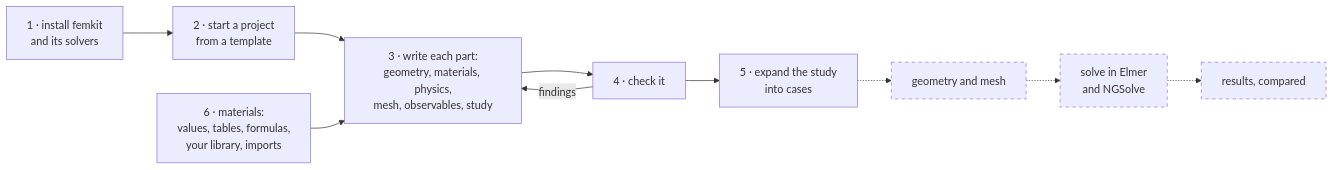
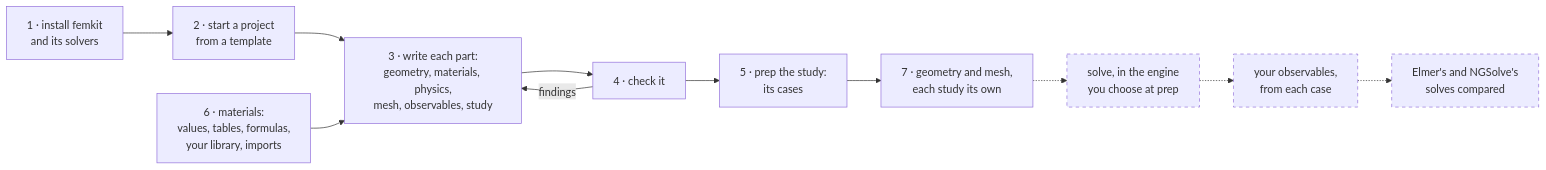
One commit to Qing-LAB/femkit changed the diagram in docs/manual/README.md. Above: the diagram before and after it, drawn with Mermaid. The commit also changed other lines of this file and 512 other files, not shown here.

````diff
--- a/docs/manual/README.md
+++ b/docs/manual/README.md
@@ -20,13 +23,14 @@
 ```mermaid
 flowchart LR
     I["1 · install femkit<br/>and its solvers"] --> N["2 · start a project<br/>from a template"]
     N --> W["3 · write each part:<br/>geometry, materials, physics,<br/>mesh, observables, study"]
     M["6 · materials:<br/>values, tables, formulas,<br/>your library, imports"] --> W
     W --> C["4 · check it"]
     C -->|"findings"| W
-    C --> X["5 · expand the study<br/>into cases"]
-    X -.-> G["geometry and mesh"]:::later
-    G -.-> S["solve in Elmer<br/>and NGSolve"]:::later
-    S -.-> R["results, compared"]:::later
+    C --> X["5 · prep the study:<br/>its cases"]
+    X --> G["7 · geometry and mesh,<br/>each study its own"]
+    G -.-> S["solve, in the engine<br/>you choose at prep"]:::later
+    S -.-> O["your observables,<br/>from each case"]:::later
+    O -.-> R["Elmer's and NGSolve's<br/>solves compared"]:::later
     classDef later stroke-dasharray: 5 5
 ```
````
